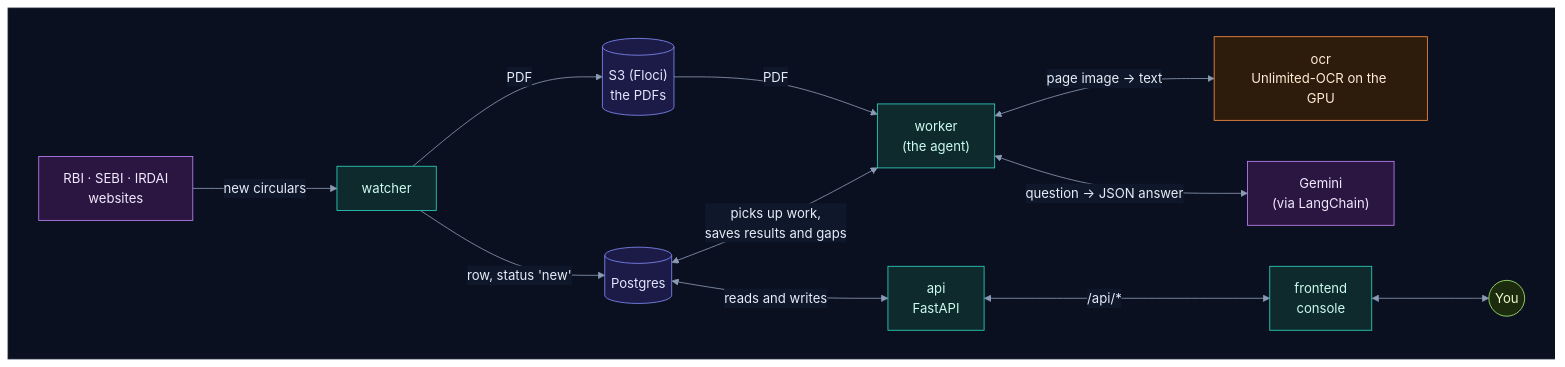
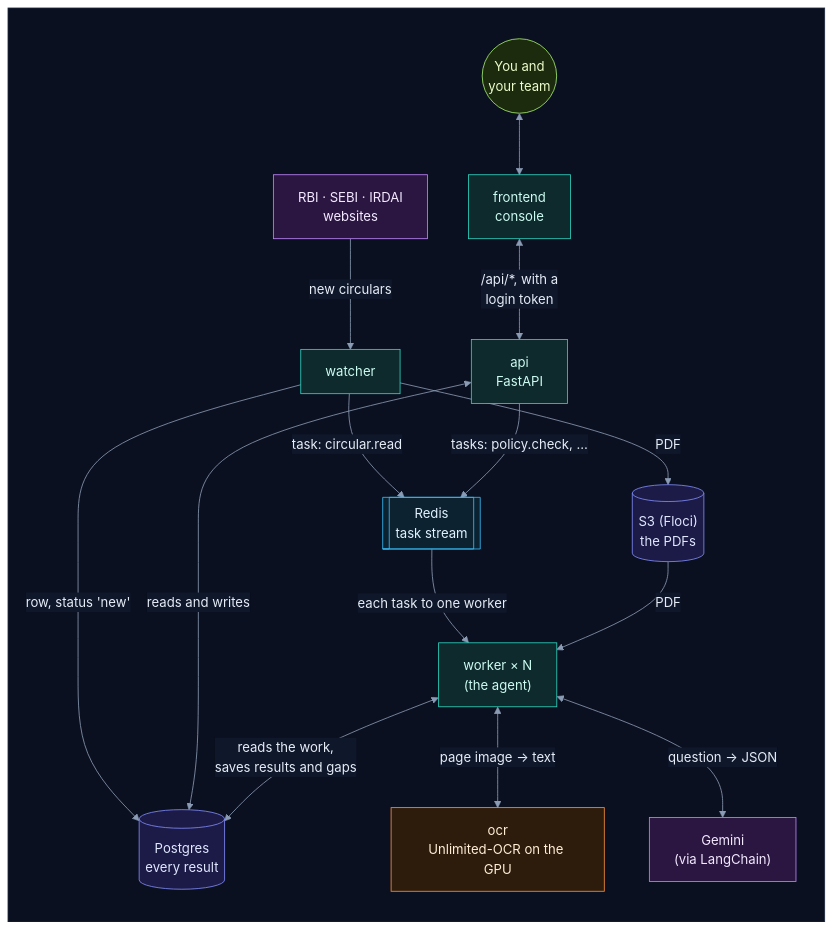
The first of 22 diagrams in how_it_works.md (selvakumarperumal/Regulatory_Circular_Impact_Agent), drawn with Mermaid before and after one commit. The commit also changed other lines of this file and 8 other files, not shown here.

Commit message:
Document the task queue and multi-company design

````diff
--- a/how_it_works.md
+++ b/how_it_works.md
@@ -70,33 +73,37 @@
 ```mermaid
 %%{init: {"theme": "base", "flowchart": {"diagramPadding": 0}, "themeVariables": {"darkMode": true, "primaryColor": "#16213a", "primaryTextColor": "#e6edf7", "primaryBorderColor": "#475a7a", "lineColor": "#8b9bb4", "secondaryColor": "#1b2436", "tertiaryColor": "#101a2e", "edgeLabelBackground": "#0f172a", "textColor": "#e2e8f0", "clusterBkg": "#0f1728", "clusterBorder": "#2b3a55", "titleColor": "#c4b5fd", "nodeTextColor": "#e6edf7"}}}%%
-flowchart LR
+flowchart TD
     subgraph canvas[" "]
-        direction LR
+        direction TB
         sites["RBI · SEBI · IRDAI<br/>websites"] -->|new circulars| W["watcher"]
-        W -->|PDF| S3[("S3 (Floci)<br/>the PDFs")]
-        W -->|"row, status 'new'"| DB[("Postgres")]
-        S3 -->|PDF| K["worker<br/>(the agent)"]
-        DB <-->|"picks up work,<br/>saves results and gaps"| K
+        U(("You and<br/>your team")) <--> F["frontend<br/>console"]
+        F <-->|"/api/*, with a<br/>login token"| A["api<br/>FastAPI"]
+        W -->|"PDF"| S3[("S3 (Floci)<br/>the PDFs")]
+        W -->|"row, status 'new'"| DB[("Postgres<br/>every result")]
+        A <-->|"reads and writes"| DB
+        W -->|"task: circular.read"| Q[["Redis<br/>task stream"]]
+        A -->|"tasks: policy.check, …"| Q
+        Q -->|"each task to one worker"| K["worker × N<br/>(the agent)"]
+        K <-->|"reads the work,<br/>saves results and gaps"| DB
+        S3 -->|PDF| K
         K <-->|"page image → text"| O["ocr<br/>Unlimited-OCR on the GPU"]
-        K <-->|"question → JSON answer"| G["Gemini<br/>(via LangChain)"]
-        DB <-->|reads and writes| A["api<br/>FastAPI"]
-        A <-->|"/api/*"| F["frontend<br/>console"]
-        F <--> U(("You"))
+        K <-->|"question → JSON"| G["Gemini<br/>(via LangChain)"]
     end
-
     classDef svc fill:#0e2a2c,stroke:#2dd4bf,color:#ccfbf1
     classDef data fill:#1c1a47,stroke:#818cf8,color:#e0e7ff
     classDef ext fill:#2a1640,stroke:#c084fc,color:#f3e8ff
     classDef gpu fill:#2d1b0c,stroke:#fb923c,color:#ffedd5
     classDef ask fill:#2a2410,stroke:#fbbf24,color:#fef3c7
     classDef ok fill:#0b2a1c,stroke:#34d399,color:#d1fae5
     classDef bad fill:#2e0f17,stroke:#fb7185,color:#ffe4e6
     classDef start fill:#1c2a0e,stroke:#a7ef6f,color:#ecfccb
     classDef muted fill:#1a2130,stroke:#64748b,color:#cbd5e1
+    classDef queue fill:#0c2231,stroke:#38bdf8,color:#e0f2fe
     class W,K,A,F svc
     class S3,DB data
+    class Q queue
     class sites,G ext
     class O gpu
     class U start
     style canvas fill:#0b1020,stroke:#1e293b,color:#0b1020
 ```
````
